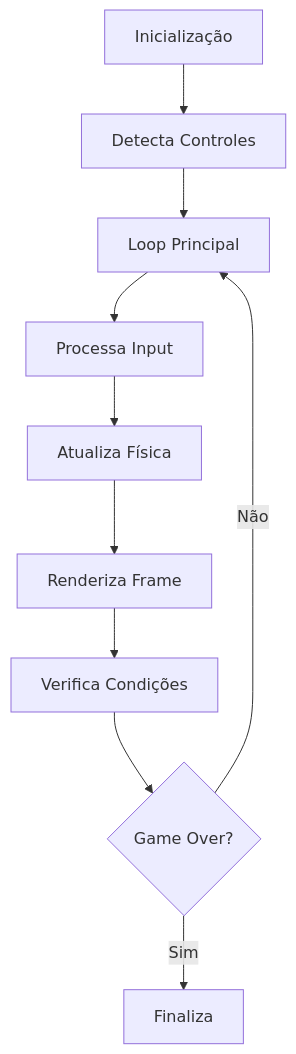
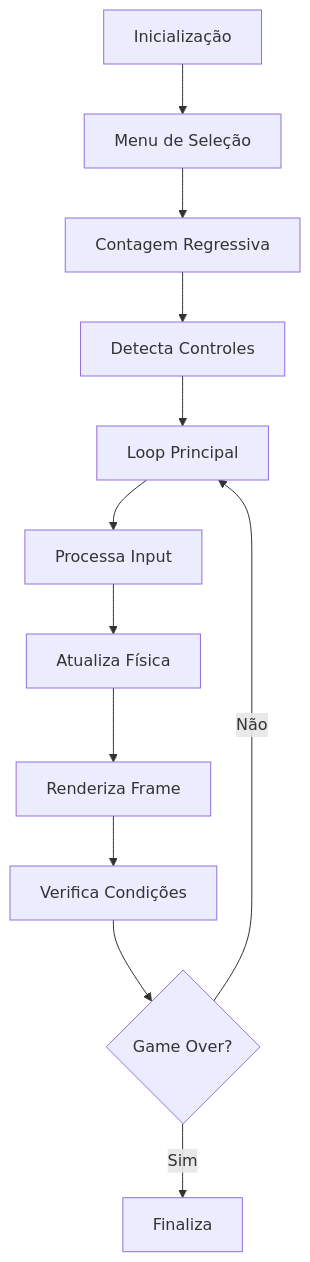
Before and after one commit to Gabryel-lima/pacman: the diagram in docs/README.md, drawn with Mermaid. The commit also changed other lines of this file and 8 other files, not shown here.

````diff
--- a/docs/README.md
+++ b/docs/README.md
@@ -123,12 +137,14 @@
 ```mermaid
 graph TD
-    A[Inicialização] --> B[Detecta Controles]
-    B --> C[Loop Principal]
-    C --> D[Processa Input]
-    D --> E[Atualiza Física]
-    E --> F[Renderiza Frame]
-    F --> G[Verifica Condições]
-    G --> H{Game Over?}
-    H -->|Não| C
-    H -->|Sim| I[Finaliza]
+    A[Inicialização] --> B[Menu de Seleção]
+    B --> C[Contagem Regressiva]
+    C --> D[Detecta Controles]
+    D --> E[Loop Principal]
+    E --> F[Processa Input]
+    F --> G[Atualiza Física]
+    G --> H[Renderiza Frame]
+    H --> I[Verifica Condições]
+    I --> J{Game Over?}
+    J -->|Não| E
+    J -->|Sim| K[Finaliza]
 ```
````
